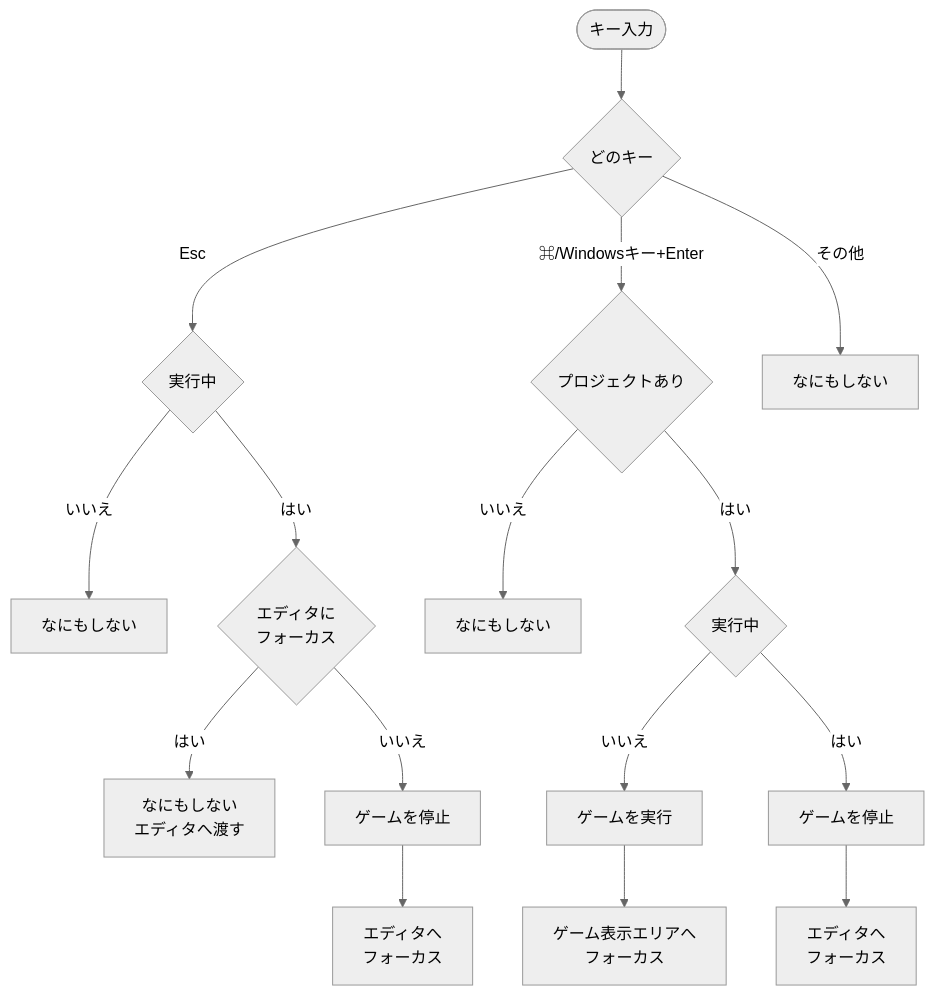
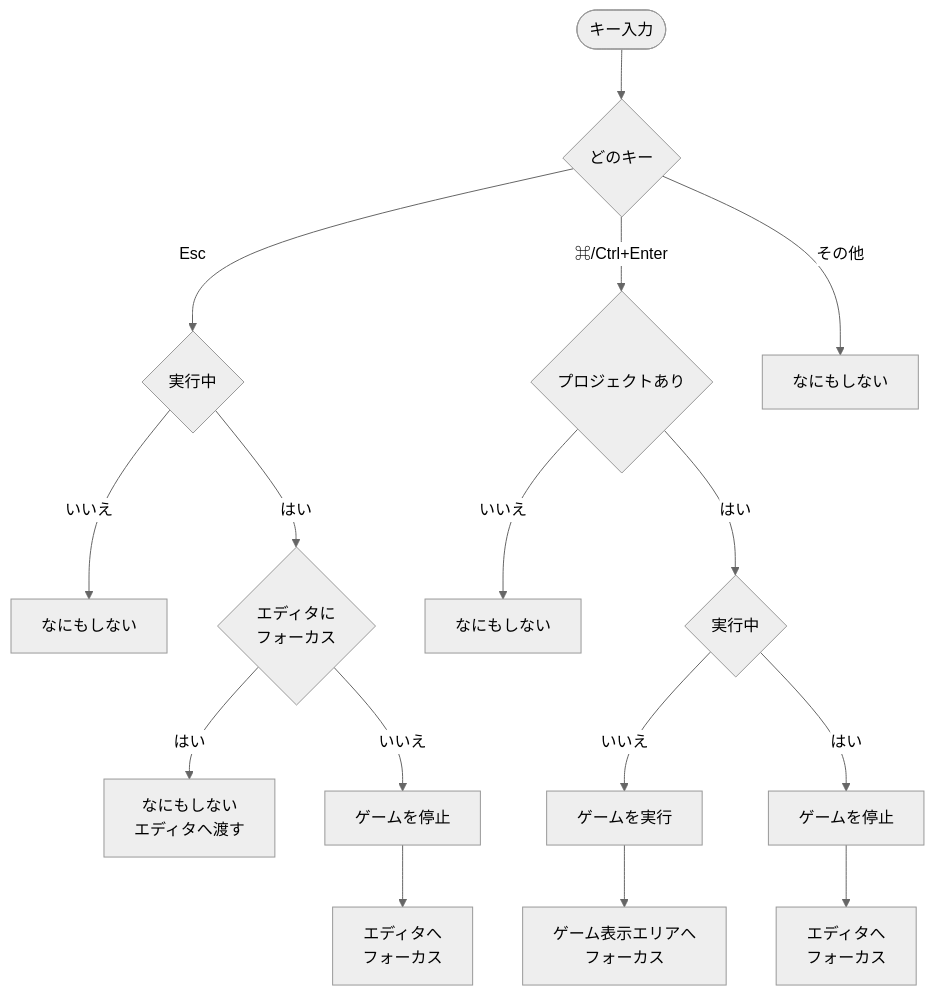
Diagram 23 of 38 in docs/specification.md (digitarhythm/arcadeer), drawn with Mermaid (neutral theme) before and after one commit. The commit also changed other lines of this file and 21 other files, not shown here.

````diff
--- a/docs/specification.md
+++ b/docs/specification.md
@@ -1659,18 +1678,18 @@
 ```mermaid
 flowchart TB
     Key([キー入力]) --> Which{どのキー}
     Which -- "Esc" --> Running{実行中}
     Running -- いいえ --> Pass[なにもしない]
     Running -- はい --> Focus{エディタに<br/>フォーカス}
     Focus -- はい --> Pass2[なにもしない<br/>エディタへ渡す]
     Focus -- いいえ --> Stop[ゲームを停止]
     Stop --> FocusE[エディタへ<br/>フォーカス]
-    Which -- "⌘/Windowsキー+Enter" --> Opened{プロジェクトあり}
+    Which -- "⌘/Ctrl+Enter" --> Opened{プロジェクトあり}
     Opened -- いいえ --> Pass3[なにもしない]
     Opened -- はい --> Playing{実行中}
     Playing -- いいえ --> Run[ゲームを実行]
     Run --> FocusG[ゲーム表示エリアへ<br/>フォーカス]
     Playing -- はい --> Stop2[ゲームを停止]
     Stop2 --> FocusE2[エディタへ<br/>フォーカス]
     Which -- その他 --> Pass4[なにもしない]
 ```
````
